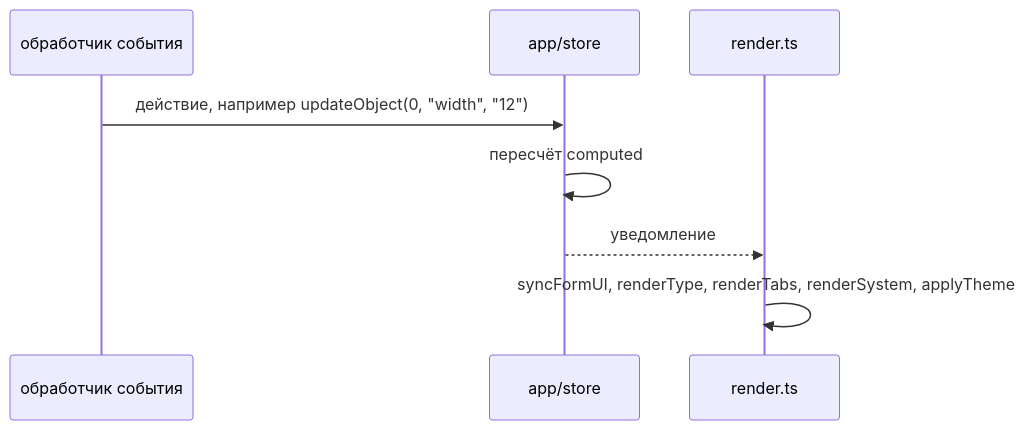
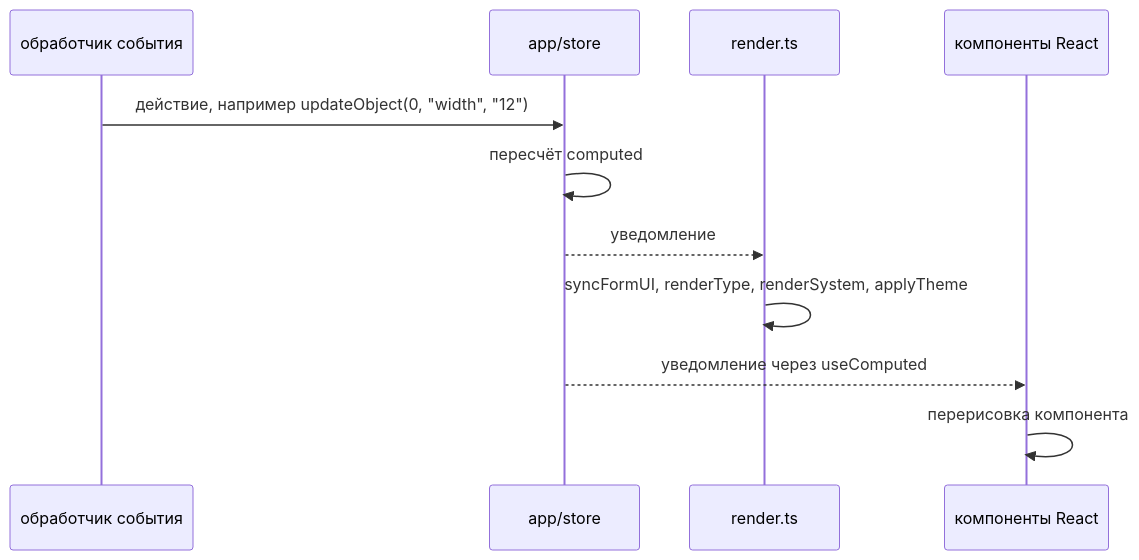
Before and after one commit to SergeyKrasnoslobodtsev/camera-calc: the second of 2 diagrams in docs/architecture/modules/ui.md, drawn with Mermaid. The commit also changed other lines of this file and 7 other files, not shown here.

````diff
--- a/docs/architecture/modules/ui.md
+++ b/docs/architecture/modules/ui.md
@@ -53,10 +54,13 @@
 ```mermaid
 sequenceDiagram
     participant E as обработчик события
     participant S as app/store
     participant R as render.ts
+    participant C as компоненты React
     E->>S: действие, например updateObject(0, "width", "12")
     S->>S: пересчёт computed
     S-->>R: уведомление
-    R->>R: syncFormUI, renderType, renderTabs, renderSystem, applyTheme
+    R->>R: syncFormUI, renderType, renderSystem, applyTheme
+    S-->>C: уведомление через useComputed
+    C->>C: перерисовка компонента
 ```
````
